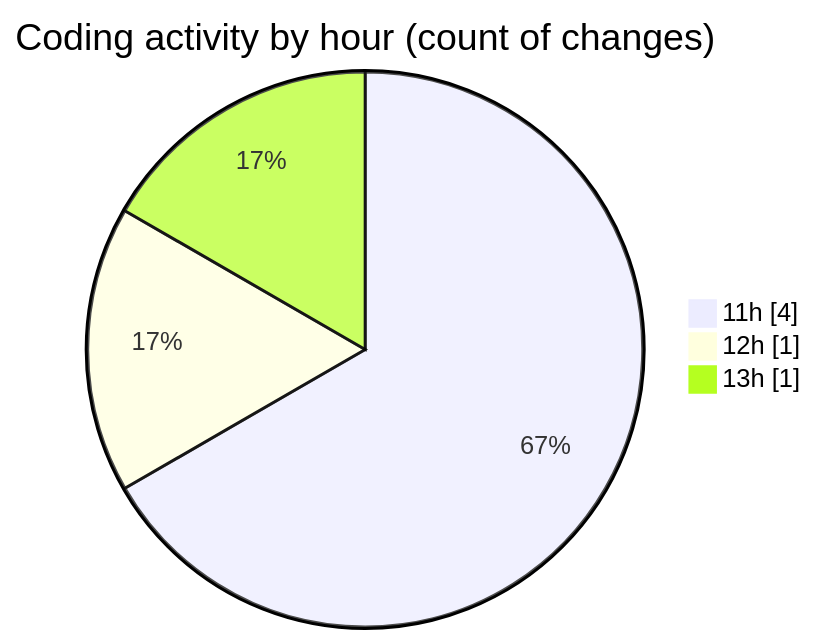
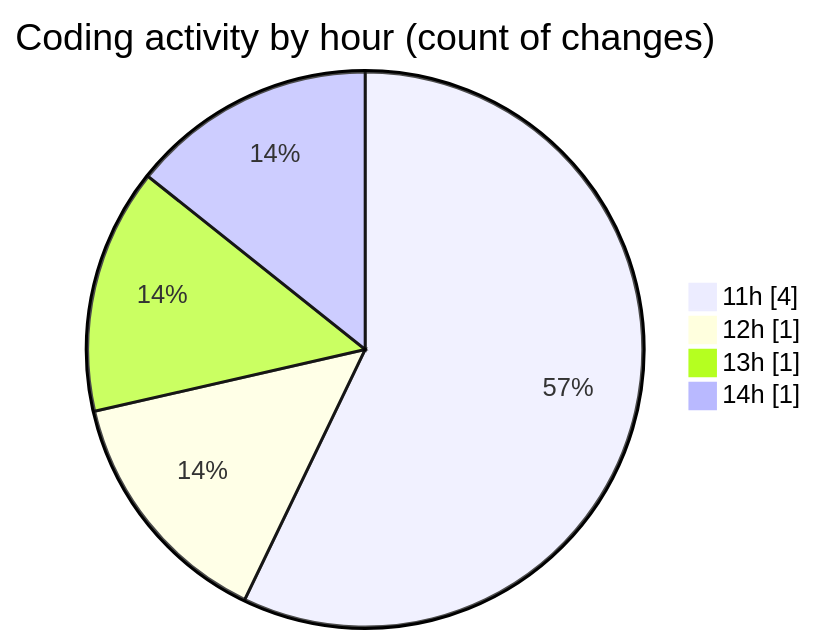
The second of 2 diagrams in 2026-09-09/web/README.md (LanceThiago/code-tracking), drawn with Mermaid before and after one commit. The commit also changed other lines of this file and 1 other file, not shown here.

````diff
--- a/2026-09-09/web/README.md
+++ b/2026-09-09/web/README.md
@@ -30,7 +31,8 @@
 ```mermaid
 pie showData
 title Coding activity by hour (count of changes)
 "11h" : 4
 "12h" : 1
 "13h" : 1
+"14h" : 1
 ```
````
